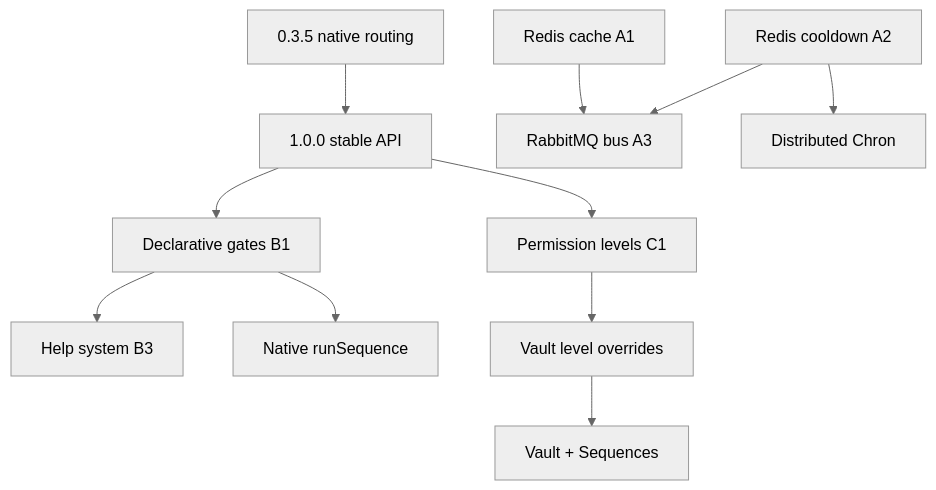
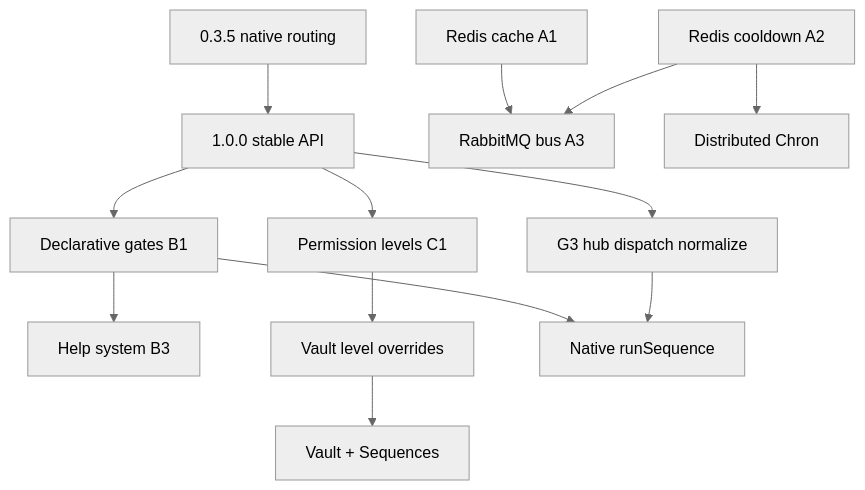
Before and after one commit to Mivaya/Stambha: the diagram in docs/internal/future-v2.md, drawn with Mermaid (neutral theme). The commit also changed other lines of this file and 79 other files, not shown here.

````diff
--- a/docs/internal/future-v2.md
+++ b/docs/internal/future-v2.md
@@ -37,13 +41,15 @@
 ```mermaid
 flowchart TD
   I[0.3.5 native routing] --> V1[1.0.0 stable API]
   V1 --> B1[Declarative gates B1]
   V1 --> C1[Permission levels C1]
+  V1 --> G3[G3 hub dispatch normalize]
   A1[Redis cache A1] --> A3[RabbitMQ bus A3]
   A2[Redis cooldown A2] --> A3
   B1 --> B3[Help system B3]
   C1 --> C2[Vault level overrides]
   A2 --> D2[Distributed Chron]
   B1 --> D1[Native runSequence]
+  G3 --> D1
   C2 --> D3[Vault + Sequences]
 ```
````
